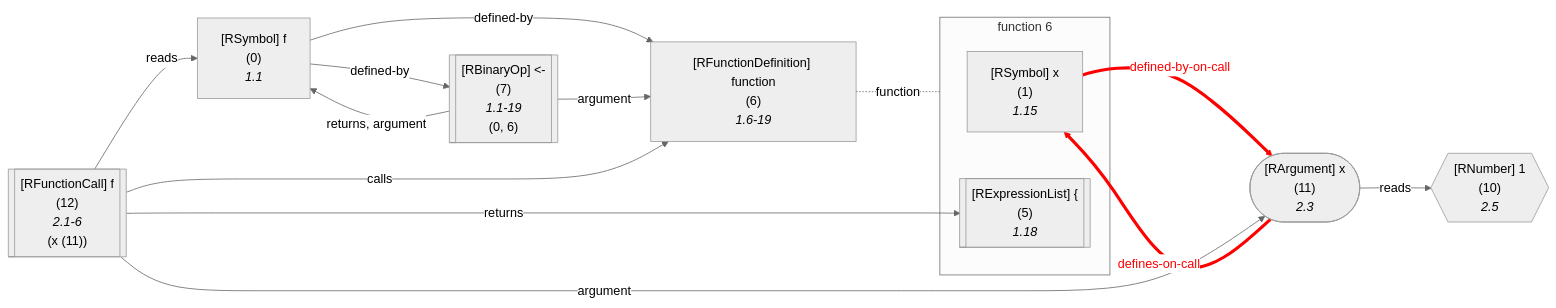
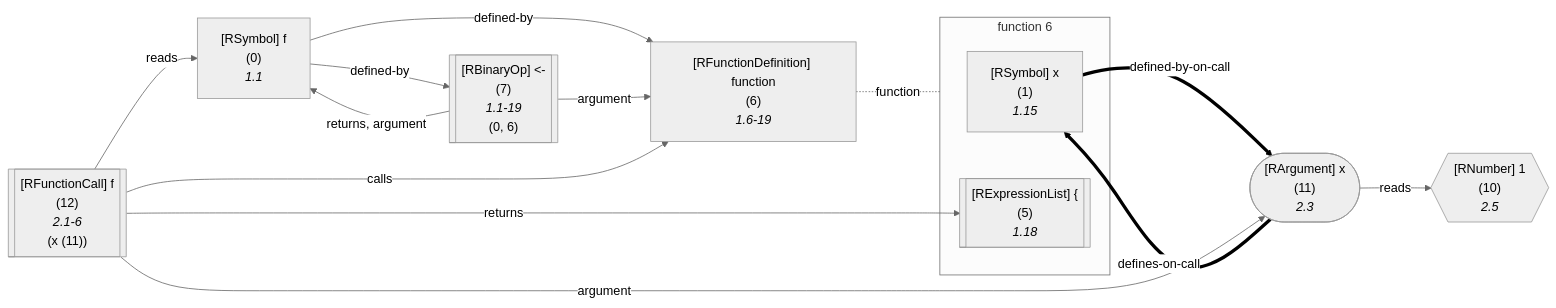
One commit to flowr-analysis/flowr changed diagram 20 of 26 in wiki/Dataflow Graph.md. Above: the diagram before and after it, drawn with Mermaid (neutral theme). The commit also changed other lines of this file and 10 other files, not shown here.

Commit message:
doc(dfg): improve documentation for the dataflow graph value

````diff
--- a/wiki/Dataflow Graph.md
+++ b/wiki/Dataflow Graph.md
@@ -1525,51 +1709,51 @@
 ```mermaid
 flowchart LR
     6["`#91;RFunctionDefinition#93; function
       (6)
       *1.6-19*`"]
 
 subgraph "flow-6" [function 6]
     1["`#91;RSymbol#93; x
       (1)
       *1.15*`"]
     5[["`#91;RExpressionList#93; #123;
       (5)
       *1.18*`"]]
 end
     0["`#91;RSymbol#93; f
       (0)
       *1.1*`"]
     7[["`#91;RBinaryOp#93; #60;#45;
       (7)
       *1.1-19*
     (0, 6)`"]]
     10{{"`#91;RNumber#93; 1
       (10)
       *2.5*`"}}
     11(["`#91;RArgument#93; x
       (11)
       *2.3*`"])
     %% Environment of 12 [level: 0]:
     %% Built-in
-    %% 520----------------------------------------
+    %% 526----------------------------------------
     %%   f: {f (0, 2, def. @7)}
     12[["`#91;RFunctionCall#93; f
       (12)
       *2.1-6*
     (x (11))`"]]
     1 -->|"defined-by-on-call"| 11
-    linkStyle 0 stroke:red,color:red,stroke-width:4px;
+    linkStyle 0 stroke:black,color:black,stroke-width:4.2px;
 6 -.-|function| flow-6
 
     0 -->|"defined-by"| 6
     0 -->|"defined-by"| 7
     7 -->|"argument"| 6
     7 -->|"returns, argument"| 0
     11 -->|"reads"| 10
     11 -->|"defines-on-call"| 1
-    linkStyle 7 stroke:red,color:red,stroke-width:4px;
+    linkStyle 7 stroke:black,color:black,stroke-width:4.2px;
     12 -->|"argument"| 11
     12 -->|"reads"| 0
     12 -->|"returns"| 5
     12 -->|"calls"| 6
 ```
````
